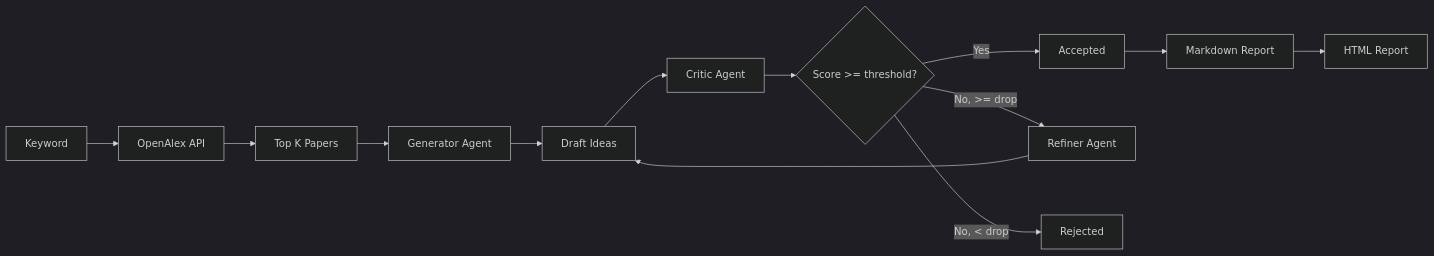
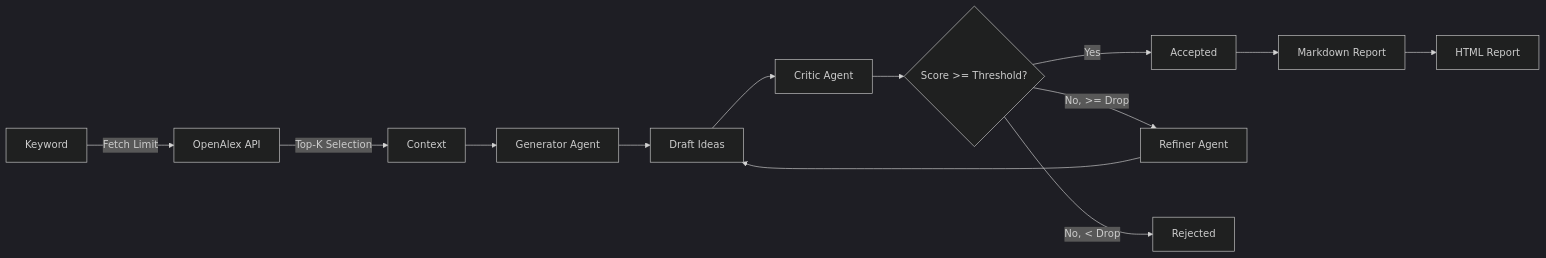
One commit to eastsea17/Research_Agent_with_MCP-Ollama changed the diagram in README.md. Above: the diagram before and after it, drawn with Mermaid (dark theme). The commit also changed other lines of this file and 8 other files, not shown here.

````diff
--- a/README.md
+++ b/README.md
@@ -24,15 +25,15 @@
 ```mermaid
 graph LR
-    A[Keyword] --> B[OpenAlex API]
-    B --> C[Top K Papers]
+    A[Keyword] -->|Fetch Limit| B[OpenAlex API]
+    B -->|Top-K Selection| C[Context]
     C --> D[Generator Agent]
     D --> E[Draft Ideas]
     E --> F[Critic Agent]
-    F --> G{Score >= threshold?}
+    F --> G{Score >= Threshold?}
     G -->|Yes| H[Accepted]
-    G -->|No, >= drop| I[Refiner Agent]
-    G -->|No, < drop| J[Rejected]
+    G -->|No, >= Drop| I[Refiner Agent]
+    G -->|No, < Drop| J[Rejected]
     I --> E
     H --> K[Markdown Report]
     K --> L[HTML Report]
 ```
````
